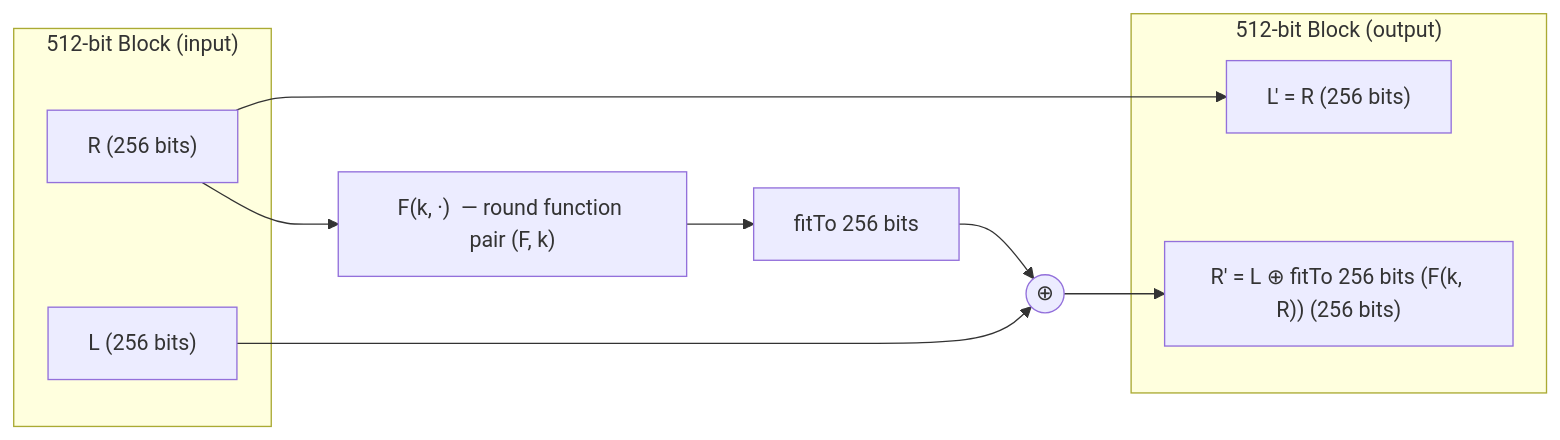
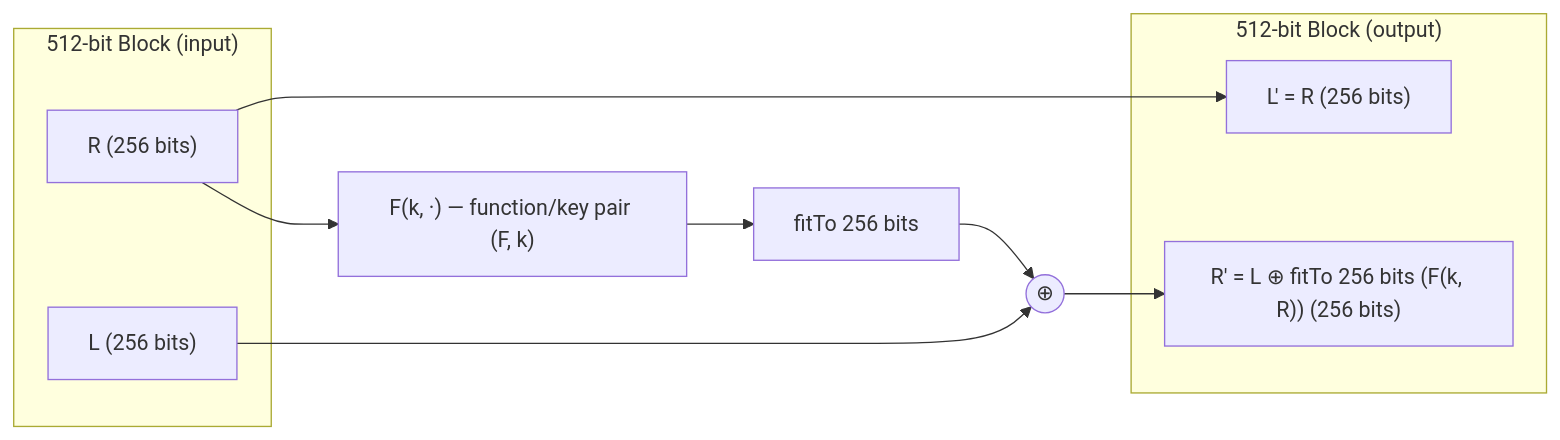
One commit to locusf/blackworm changed the second of 5 diagrams in docs/cipher-visualization.md. Above: the diagram before and after it, drawn with Mermaid. The commit also changed other lines of this file and 4 other files, not shown here.

````diff
--- a/docs/cipher-visualization.md
+++ b/docs/cipher-visualization.md
@@ -74,17 +74,17 @@
 ```mermaid
 flowchart LR
     subgraph input["512-bit Block (input)"]
         L["L (256 bits)"]
         R["R (256 bits)"]
     end
     subgraph output["512-bit Block (output)"]
         L2["L' = R (256 bits)"]
         R2["R' = L ⊕ fitTo 256 bits (F(k, R)) (256 bits)"]
     end
-    R --> F["F(k, ·)  — round function pair (F, k)"]
+    R --> F["F(k, ·) — function/key pair (F, k)"]
     F --> FIT["fitTo 256 bits"]
     FIT --> X(("⊕"))
     L --> X
     X --> R2
     R --> L2
 ```
````
